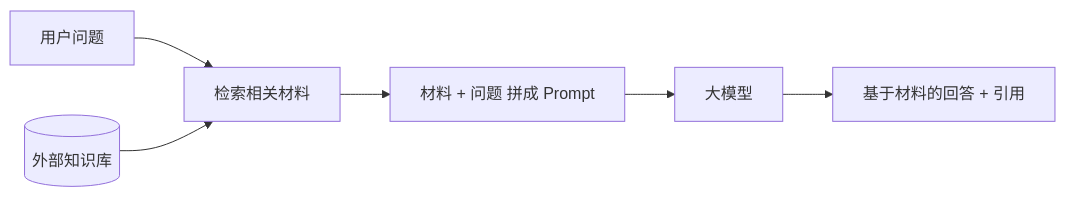
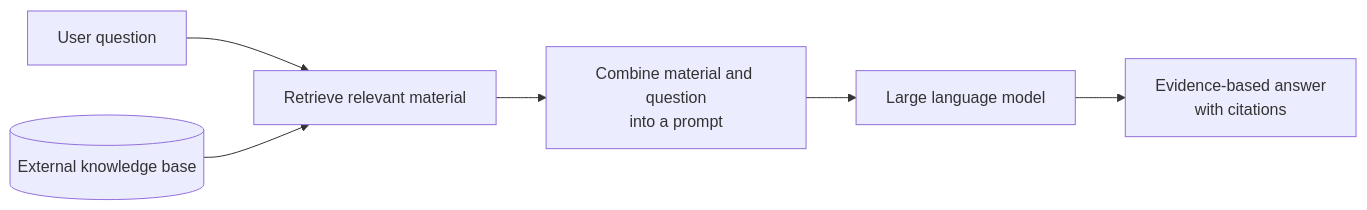
One commit to oneleaveknowsthefall/awesome-ai-roadmap changed the second of 4 diagrams in docs/rag/01-foundations/01-what-is-rag.md. Above: the diagram before and after it, drawn with Mermaid. The commit also changed other lines of this file and 60 other files, not shown here.

````diff
--- a/docs/rag/01-foundations/01-what-is-rag.md
+++ b/docs/rag/01-foundations/01-what-is-rag.md
@@ -62,8 +62,8 @@
 ```mermaid
 flowchart LR
-    Q[用户问题] --> R[检索相关材料]
-    KB[(外部知识库)] --> R
-    R --> P[材料 + 问题 拼成 Prompt]
-    P --> LLM[大模型]
-    LLM --> A[基于材料的回答 + 引用]
+    Q[User question] --> R[Retrieve relevant material]
+    KB[(External knowledge base)] --> R
+    R --> P[Combine material and question<br/>into a prompt]
+    P --> LLM[Large language model]
+    LLM --> A[Evidence-based answer<br/>with citations]
 ```
````
